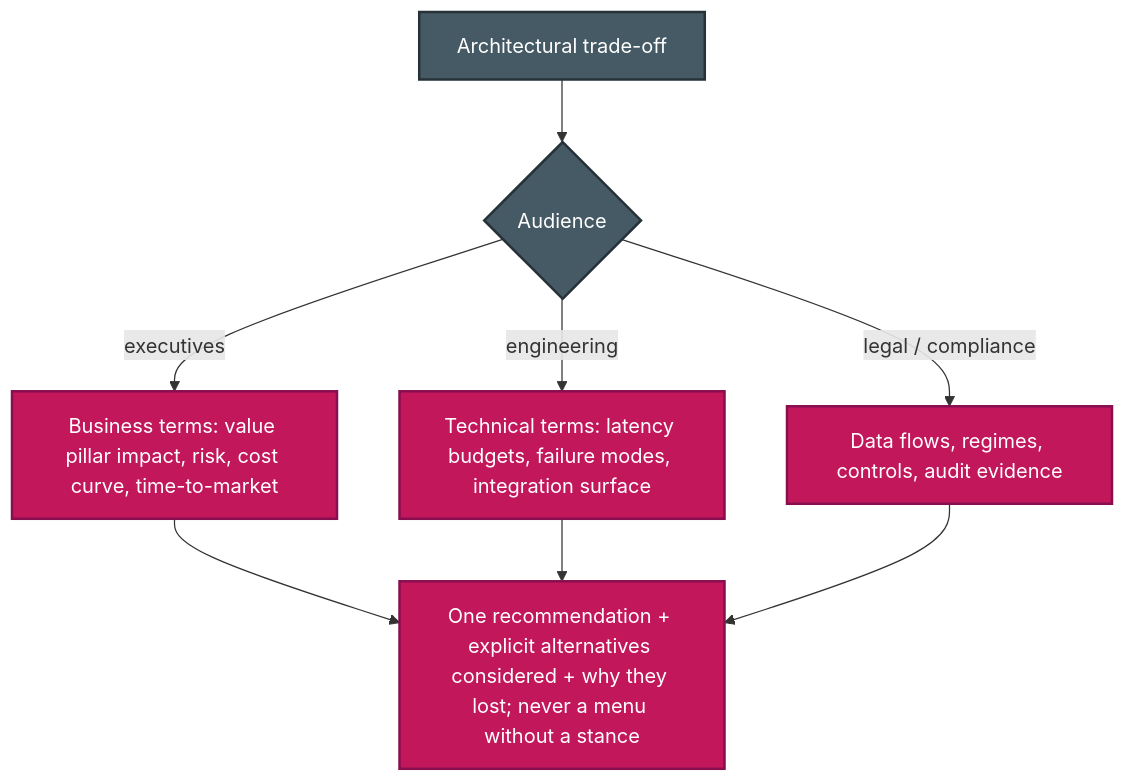
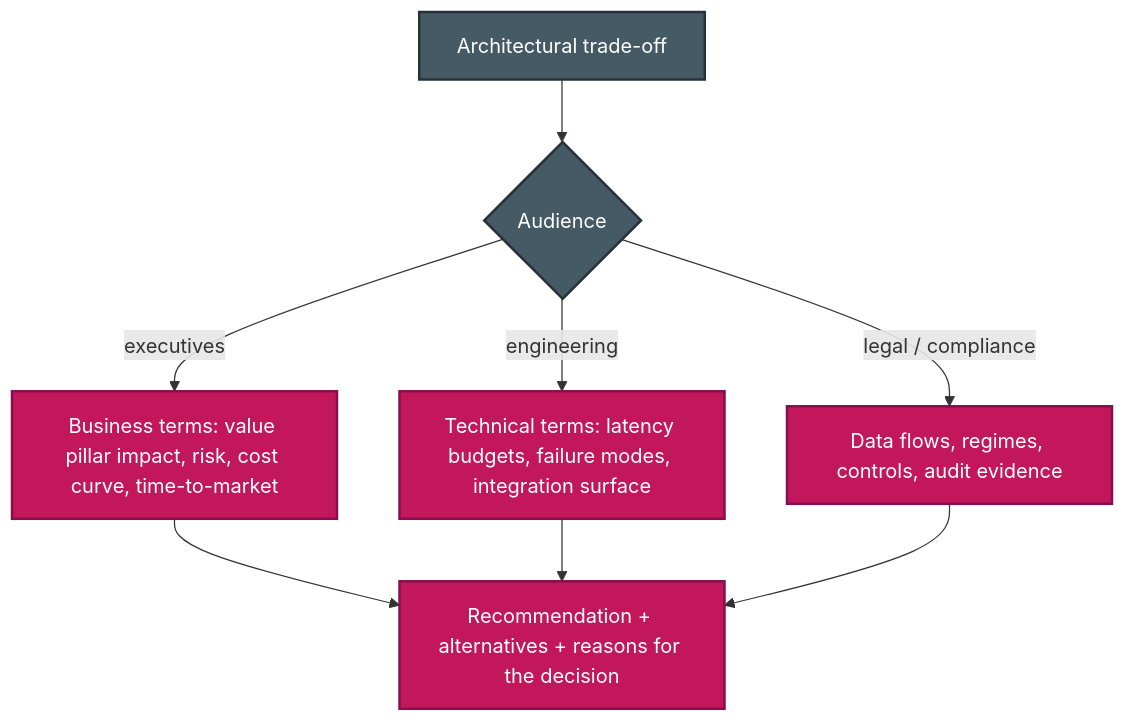
The second of 2 diagrams in CCA-P/domains/d6-stakeholder-lifecycle.md (parmar-m/claude-architect-certification-prep), drawn with Mermaid before and after one commit. The commit also changed other lines of this file and 6 other files, not shown here.

````diff
--- a/CCA-P/domains/d6-stakeholder-lifecycle.md
+++ b/CCA-P/domains/d6-stakeholder-lifecycle.md
@@ -32,12 +44,12 @@
 ```mermaid
 flowchart TD
     TO["Architectural trade-off"] --> AUD{Audience}
     AUD -- "executives" --> EX["Business terms: value pillar impact, risk, cost curve, time-to-market"]
     AUD -- "engineering" --> EN["Technical terms: latency budgets, failure modes, integration surface"]
     AUD -- "legal / compliance" --> LG["Data flows, regimes, controls, audit evidence"]
-    EX & EN & LG --> REC["One recommendation + explicit alternatives considered + why they lost; never a menu without a stance"]
+    EX & EN & LG --> REC["Recommendation + alternatives + reasons for the decision"]
     classDef aud fill:#C2185B,color:#fff,stroke:#880E4F,stroke-width:2px
     classDef n fill:#455A64,color:#fff,stroke:#263238,stroke-width:2px
     class EX,EN,LG,REC aud
     class TO,AUD n
 ```
````
